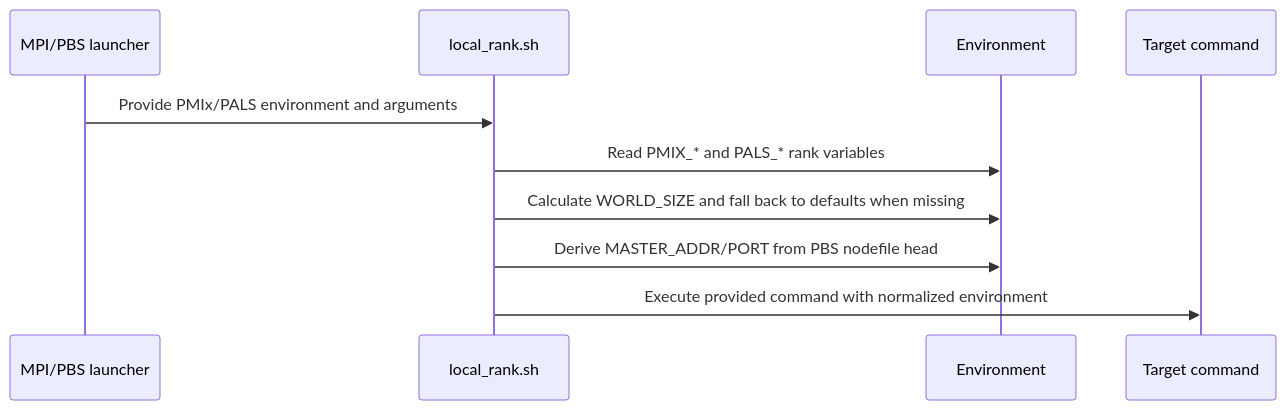
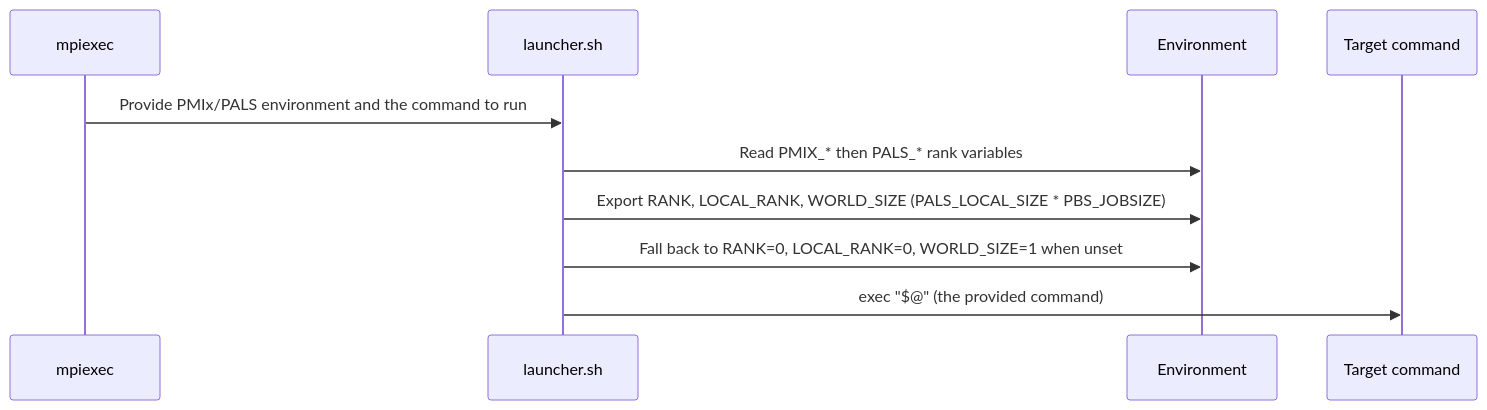
One commit to argonne-lcf/checkpoint_restart changed the third of 4 diagrams in docs/shell_scripts.md. Above: the diagram before and after it, drawn with Mermaid. The commit also changed other lines of this file and 2 other files, not shown here.

````diff
--- a/docs/shell_scripts.md
+++ b/docs/shell_scripts.md
@@ -73,13 +76,13 @@
 ```mermaid
 sequenceDiagram
-    participant Launcher as MPI/PBS launcher
-    participant Script as local_rank.sh
+    participant Launcher as mpiexec
+    participant Script as launcher.sh
     participant Env as Environment
     participant App as Target command
 
-    Launcher->>Script: Provide PMIx/PALS environment and arguments
-    Script->>Env: Read PMIX_* and PALS_* rank variables
-    Script->>Env: Calculate WORLD_SIZE and fall back to defaults when missing
-    Script->>Env: Derive MASTER_ADDR/PORT from PBS nodefile head
-    Script->>App: Execute provided command with normalized environment
+    Launcher->>Script: Provide PMIx/PALS environment and the command to run
+    Script->>Env: Read PMIX_* then PALS_* rank variables
+    Script->>Env: Export RANK, LOCAL_RANK, WORLD_SIZE (PALS_LOCAL_SIZE * PBS_JOBSIZE)
+    Script->>Env: Fall back to RANK=0, LOCAL_RANK=0, WORLD_SIZE=1 when unset
+    Script->>App: exec "$@" (the provided command)
 ```
````
